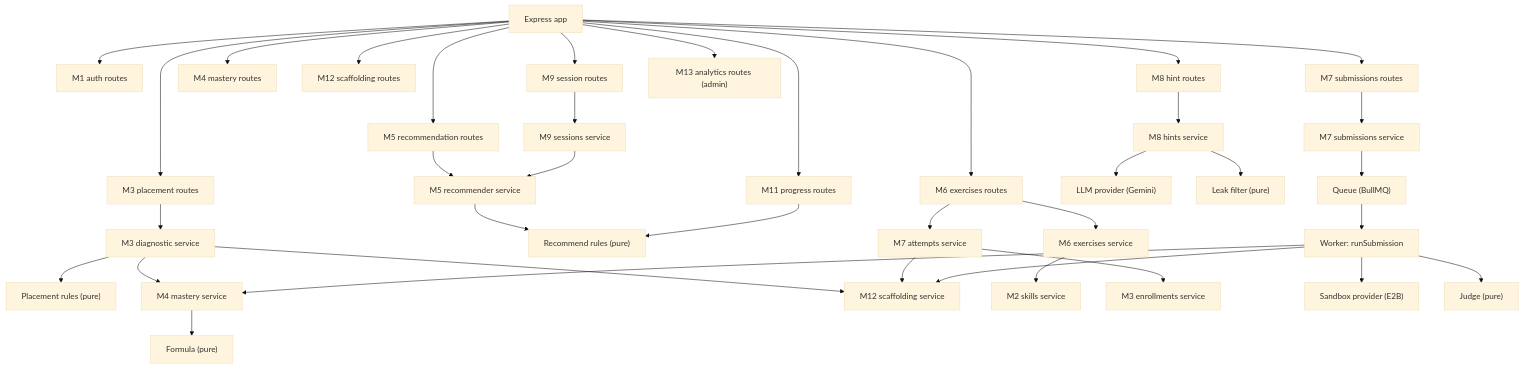
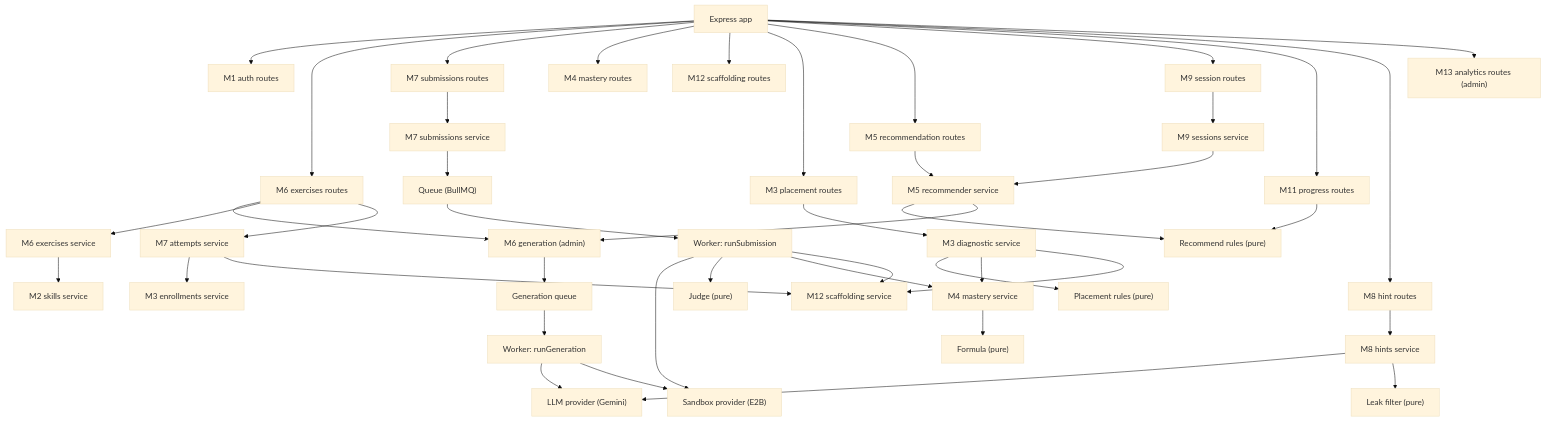
Before and after one commit to Nidanos/ai-tutor-platform: diagram 19 of 19 in DOCS/phase-3/MP3-Draft-Report.md, drawn with Mermaid (base theme). The commit also changed other lines of this file and 1 other file, not shown here.

Commit message:
docs: update Phase 3 report for exercise generation (23/23 endpoints, 171 tests)

````diff
--- a/DOCS/phase-3/MP3-Draft-Report.md
+++ b/DOCS/phase-3/MP3-Draft-Report.md
@@ -1490,26 +1519,30 @@
 ```mermaid
 flowchart TD
   APP["Express app"] --> AUTH["M1 auth routes"]
   APP --> EXR["M6 exercises routes"]
   APP --> SUB["M7 submissions routes"]
   APP --> MAS["M4 mastery routes"]
   APP --> FAD["M12 scaffolding routes"]
   APP --> DIA["M3 placement routes"] --> DS["M3 diagnostic service"] --> PL["Placement rules (pure)"]
   DS --> MS
   DS --> FS
   APP --> REC["M5 recommendation routes"] --> RS["M5 recommender service"] --> RR["Recommend rules (pure)"]
   APP --> SES["M9 session routes"] --> SV["M9 sessions service"] --> RS
   APP --> PRG["M11 progress routes"] --> RR
   APP --> HIN["M8 hint routes"] --> HS["M8 hints service"] --> LLM["LLM provider (Gemini)"]
   HS --> LF["Leak filter (pure)"]
   APP --> ANA["M13 analytics routes (admin)"]
+  EXR --> GEN["M6 generation (admin)"] --> GQ["Generation queue"] --> GW["Worker: runGeneration"]
+  GW --> LLM
+  GW --> SP
+  RS --> GEN
   EXR --> EXS["M6 exercises service"] --> SK["M2 skills service"]
   EXR --> ATS["M7 attempts service"] --> EN["M3 enrollments service"]
   ATS --> FS["M12 scaffolding service"]
   SUB --> SS["M7 submissions service"] --> Q["Queue (BullMQ)"]
   Q --> W["Worker: runSubmission"]
   W --> SP["Sandbox provider (E2B)"]
   W --> J["Judge (pure)"]
   W --> MS["M4 mastery service"] --> F["Formula (pure)"]
   W --> FS
 ```
````
